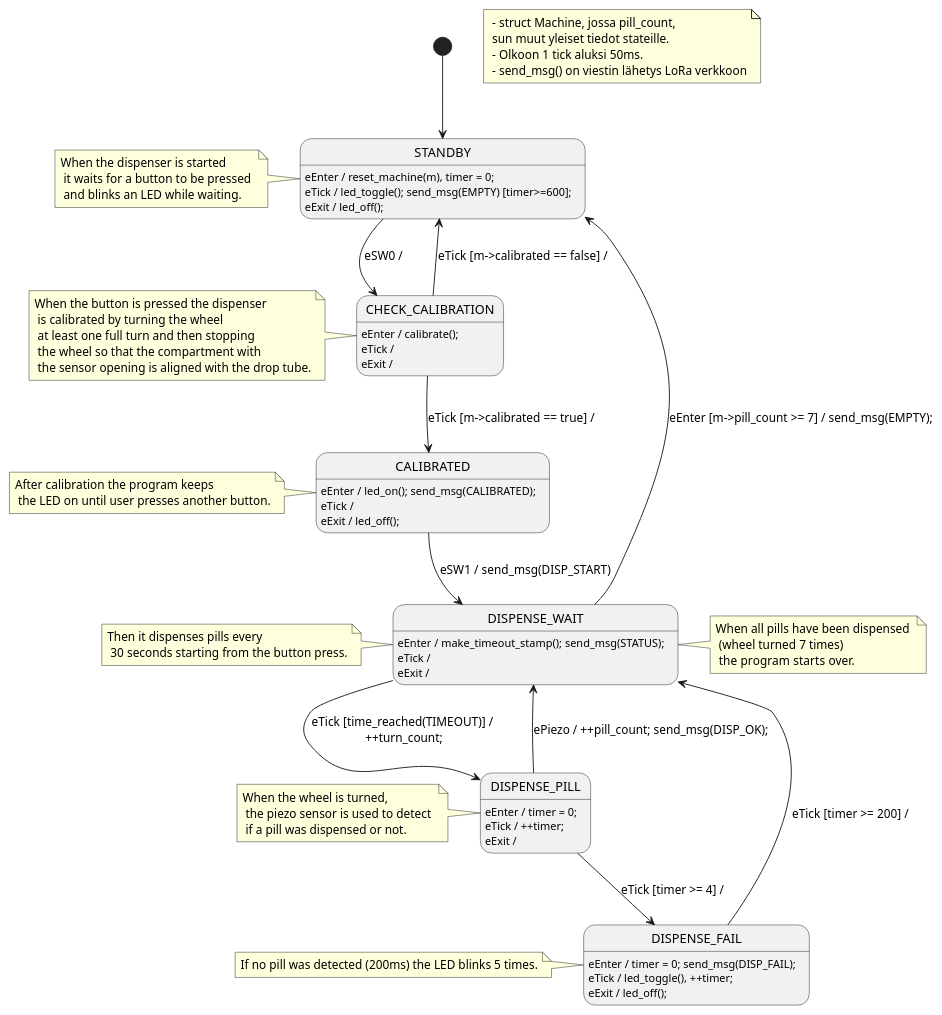
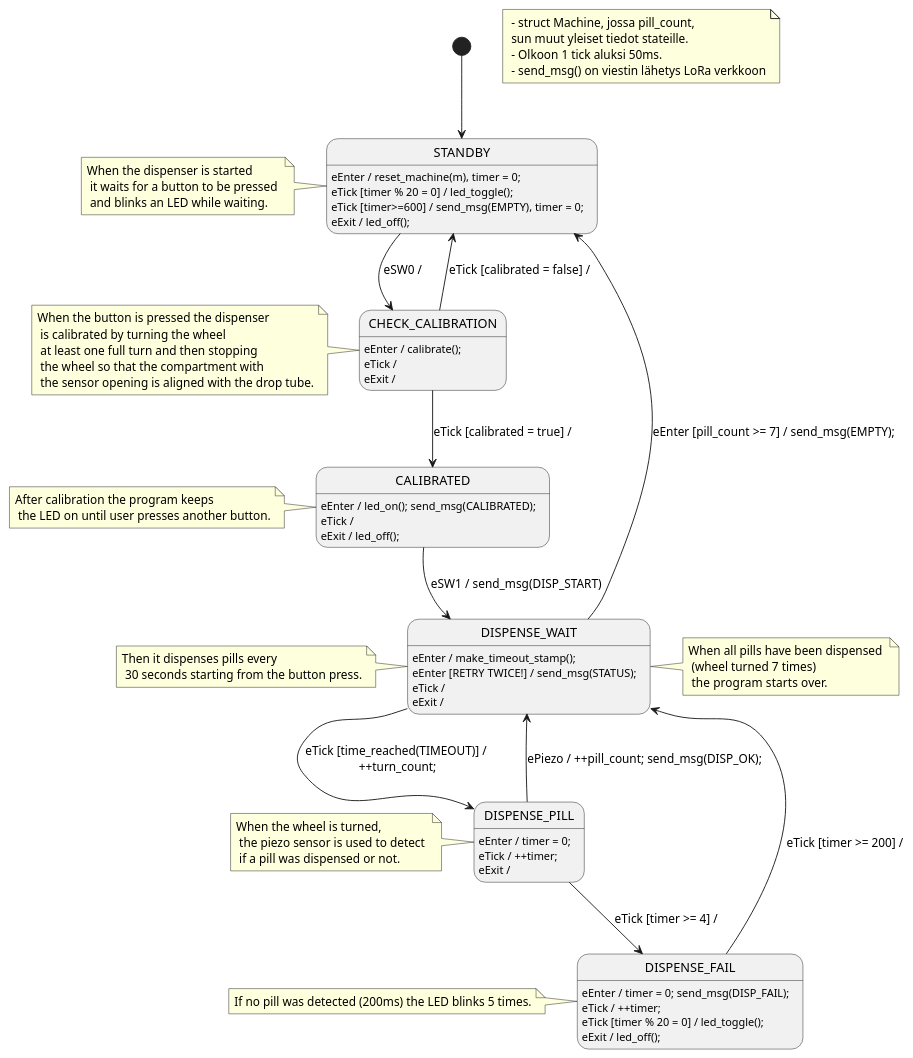
Before and after one commit to aleksanteril/LAAKKEET: the diagram in minimum_state_diagram.puml, drawn with PlantUML. The commit also changed 2 other files, not shown here.

Commit message:
removed redudant timer inc, and updated diagram

```diff
--- a/minimum_state_diagram.puml
+++ b/minimum_state_diagram.puml
@@ -1,52 +1,55 @@
 @startuml Minimum State Machine
 
 [*] --> STANDBY
 STANDBY : eEnter / reset_machine(m), timer = 0;
-STANDBY : eTick / led_toggle(); send_msg(EMPTY) [timer>=600];
+STANDBY : eTick [timer % 20 = 0] / led_toggle(); 
+STANDBY : eTick [timer>=600] / send_msg(EMPTY), timer = 0;
 STANDBY : eExit / led_off();
 STANDBY --> CHECK_CALIBRATION : eSW0 /
 
 
 note " - struct Machine, jossa pill_count, \n sun muut yleiset tiedot stateille. \n - Olkoon 1 tick aluksi 50ms.\n - send_msg() on viestin lähetys LoRa verkkoon" as N1
 note left of STANDBY : When the dispenser is started \n it waits for a button to be pressed \n and blinks an LED while waiting.
 
 CHECK_CALIBRATION : eEnter / calibrate();
 CHECK_CALIBRATION : eTick / 
 CHECK_CALIBRATION : eExit /
-CHECK_CALIBRATION --> STANDBY : eTick [m->calibrated == false] /
-CHECK_CALIBRATION --> CALIBRATED : eTick [m->calibrated == true] /
+CHECK_CALIBRATION --> STANDBY : eTick [calibrated = false] /
+CHECK_CALIBRATION --> CALIBRATED : eTick [calibrated = true] /
 
 note left of CHECK_CALIBRATION : When the button is pressed the dispenser \n is calibrated by turning the wheel \n at least one full turn and then stopping \n the wheel so that the compartment with \n the sensor opening is aligned with the drop tube.
 
 CALIBRATED : eEnter / led_on(); send_msg(CALIBRATED);
 CALIBRATED : eTick /
 CALIBRATED : eExit / led_off();
 CALIBRATED --> DISPENSE_WAIT : eSW1 / send_msg(DISP_START)
 
 note left of CALIBRATED : After calibration the program keeps \n the LED on until user presses another button.
 
-DISPENSE_WAIT : eEnter / make_timeout_stamp(); send_msg(STATUS);
+DISPENSE_WAIT : eEnter / make_timeout_stamp(); 
+DISPENSE_WAIT : eEnter [RETRY TWICE!] / send_msg(STATUS);
 DISPENSE_WAIT : eTick / 
 DISPENSE_WAIT : eExit / 
 DISPENSE_WAIT --> DISPENSE_PILL : eTick [time_reached(TIMEOUT)] / \n++turn_count;
-DISPENSE_WAIT --> STANDBY : eEnter [m->pill_count >= 7] / send_msg(EMPTY);
+DISPENSE_WAIT --> STANDBY : eEnter [pill_count >= 7] / send_msg(EMPTY);
 
 note left of DISPENSE_WAIT : Then it dispenses pills every \n 30 seconds starting from the button press.
 note right of DISPENSE_WAIT : When all pills have been dispensed \n (wheel turned 7 times) \n the program starts over.
 
 DISPENSE_PILL : eEnter / timer = 0;
 DISPENSE_PILL : eTick / ++timer;
 DISPENSE_PILL : eExit /
 DISPENSE_PILL --> DISPENSE_WAIT : ePiezo / ++pill_count; send_msg(DISP_OK);
 DISPENSE_PILL --> DISPENSE_FAIL : eTick [timer >= 4] /
 
 note left of DISPENSE_PILL : When the wheel is turned, \n the piezo sensor is used to detect \n if a pill was dispensed or not.
 
 DISPENSE_FAIL : eEnter / timer = 0; send_msg(DISP_FAIL);
-DISPENSE_FAIL : eTick / led_toggle(), ++timer;
+DISPENSE_FAIL : eTick / ++timer;
+DISPENSE_FAIL : eTick [timer % 20 = 0] / led_toggle();
 DISPENSE_FAIL : eExit / led_off();
 DISPENSE_FAIL --> DISPENSE_WAIT : eTick [timer >= 200] /
 
 note left of DISPENSE_FAIL : If no pill was detected (200ms) the LED blinks 5 times.
 
 @enduml
```
